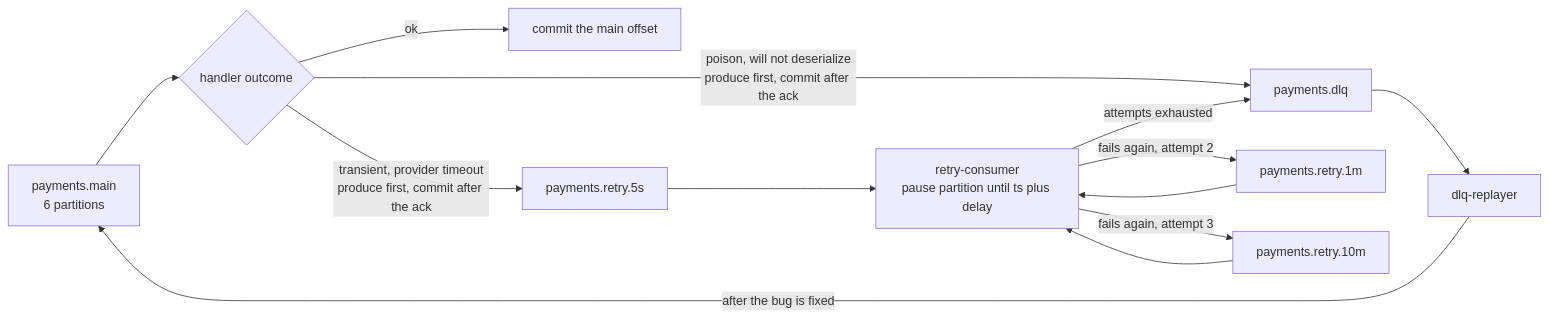
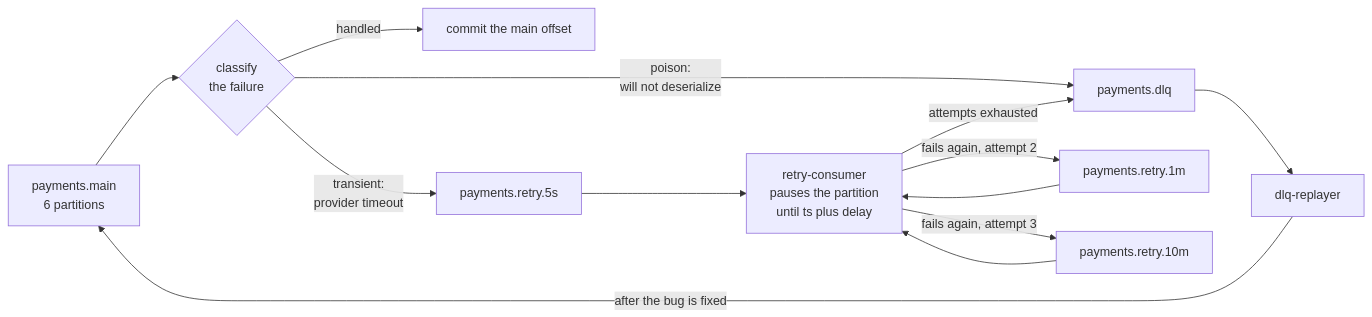
The second of 3 diagrams in docs/static/07-retry-dlq.md (DmytroLysenko1/Kafka-lab), drawn with Mermaid before and after one commit. The commit also changed other lines of this file and 10 other files, not shown here.

Commit message:
drew the boundary in every diagram instead of captioning it

````diff
--- a/docs/static/07-retry-dlq.md
+++ b/docs/static/07-retry-dlq.md
@@ -8,18 +42,18 @@
 ```mermaid
 flowchart LR
-    M["payments.main<br/>6 partitions"] --> H{"handler outcome"}
+    M["payments.main<br/>6 partitions"] --> H{"classify<br/>the failure"}
 
-    H -->|"ok"| OK["commit the main offset"]
-    H -->|"transient, provider timeout<br/>produce first, commit after the ack"| R5["payments.retry.5s"]
-    H -->|"poison, will not deserialize<br/>produce first, commit after the ack"| D["payments.dlq"]
+    H -->|"handled"| OK["commit the main offset"]
+    H -->|"transient:<br/>provider timeout"| R5["payments.retry.5s"]
+    H -->|"poison:<br/>will not deserialize"| D["payments.dlq"]
 
-    R5 --> RC["retry-consumer<br/>pause partition until ts plus delay"]
+    R5 --> RC["retry-consumer<br/>pauses the partition<br/>until ts plus delay"]
     RC -->|"fails again, attempt 2"| R1["payments.retry.1m"]
     R1 --> RC
     RC -->|"fails again, attempt 3"| R10["payments.retry.10m"]
     R10 --> RC
     RC -->|"attempts exhausted"| D
 
     D --> RP["dlq-replayer"]
     RP -->|"after the bug is fixed"| M
 ```
````
